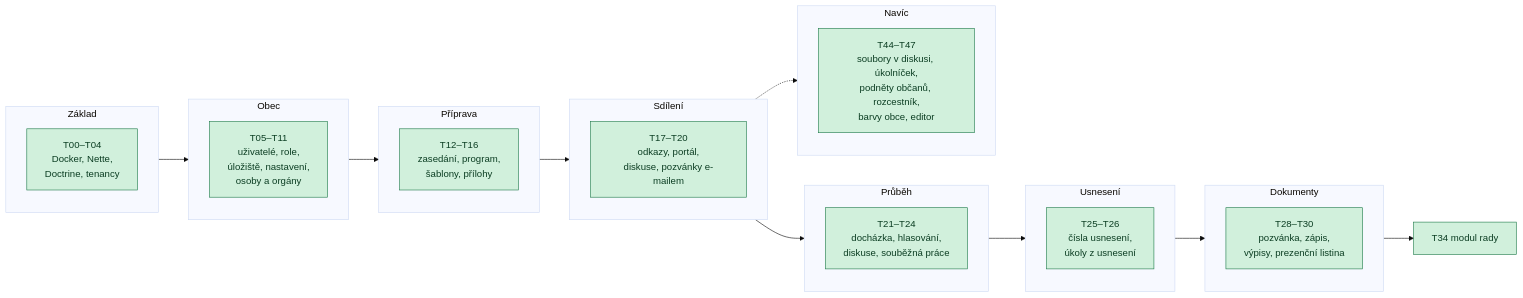
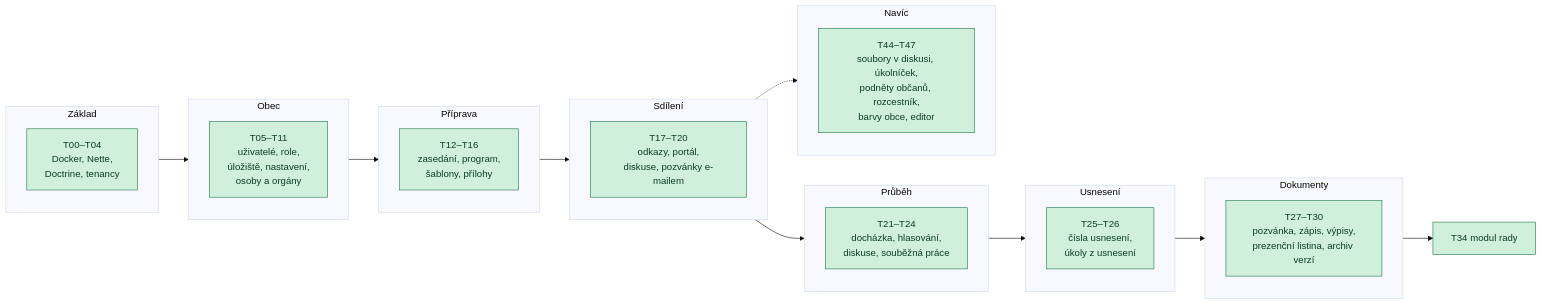
Before and after one commit to 731mat/konsel: the diagram in doc/wiki/09-plan-a-stav.md, drawn with Mermaid (base theme). The commit also changed other lines of this file and 22 other files, not shown here.

````diff
--- a/doc/wiki/09-plan-a-stav.md
+++ b/doc/wiki/09-plan-a-stav.md
@@ -7,34 +7,34 @@
 ```mermaid
 flowchart LR
     subgraph F0["Základ"]
         T00[T00–T04<br/>Docker, Nette,<br/>Doctrine, tenancy]
     end
     subgraph F1["Obec"]
         T05[T05–T11<br/>uživatelé, role,<br/>úložiště, nastavení,<br/>osoby a orgány]
     end
     subgraph F2["Příprava"]
         T12[T12–T16<br/>zasedání, program,<br/>šablony, přílohy]
     end
     subgraph F3["Sdílení"]
         T17[T17–T20<br/>odkazy, portál,<br/>diskuse, pozvánky e-mailem]
     end
     subgraph F4["Průběh"]
         T21[T21–T24<br/>docházka, hlasování,<br/>diskuse, souběžná práce]
     end
     subgraph F5["Usnesení"]
         T25[T25–T26<br/>čísla usnesení,<br/>úkoly z usnesení]
     end
     subgraph F6["Dokumenty"]
-        T28[T28–T30<br/>pozvánka, zápis,<br/>výpisy, prezenční listina]
+        T28[T27–T30<br/>pozvánka, zápis, výpisy,<br/>prezenční listina, archiv verzí]
     end
     subgraph F10["Navíc"]
         T44[T44–T47<br/>soubory v diskusi, úkolníček,<br/>podněty občanů, rozcestník,<br/>barvy obce, editor]
     end
     T34[T34 modul rady]
     F0 --> F1 --> F2 --> F3 --> F4 --> F5 --> F6
     F6 --> T34
     F3 -.-> F10
 
     classDef done fill:#d1f0dc,stroke:#1e7b4a,color:#0b3d22;
     class T00,T05,T12,T17,T21,T25,T28,T44,T34 done;
 ```
````
